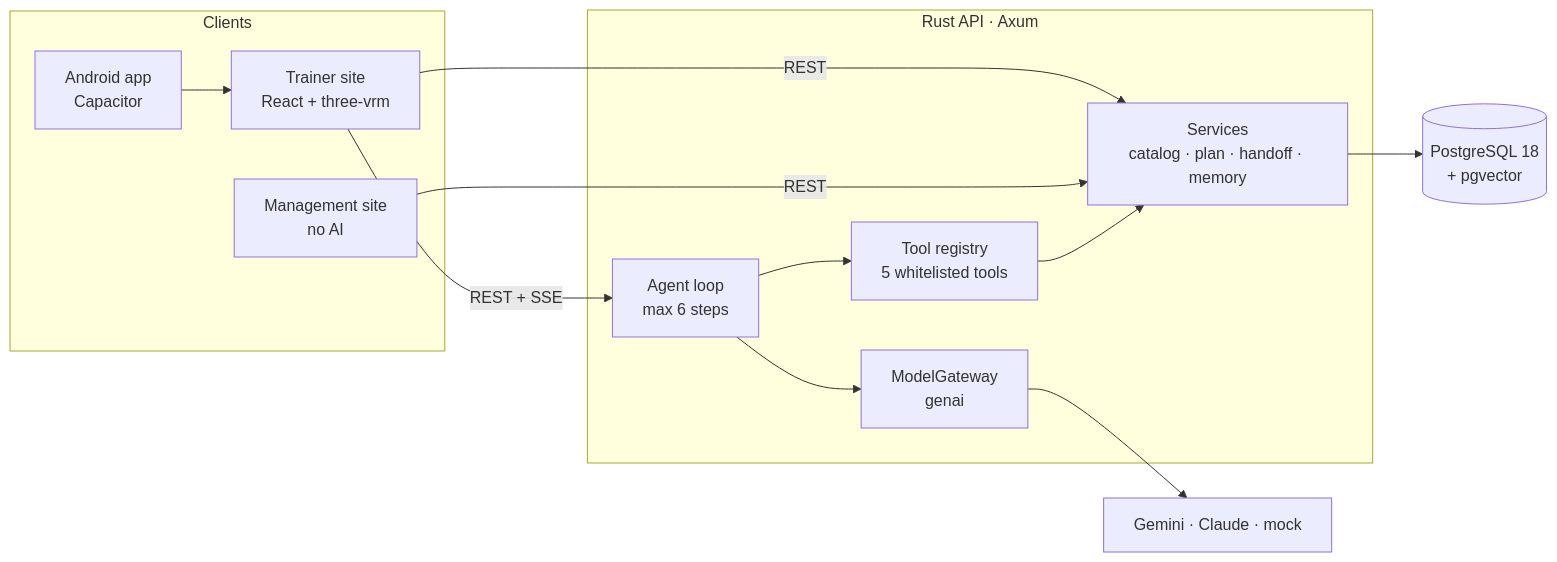
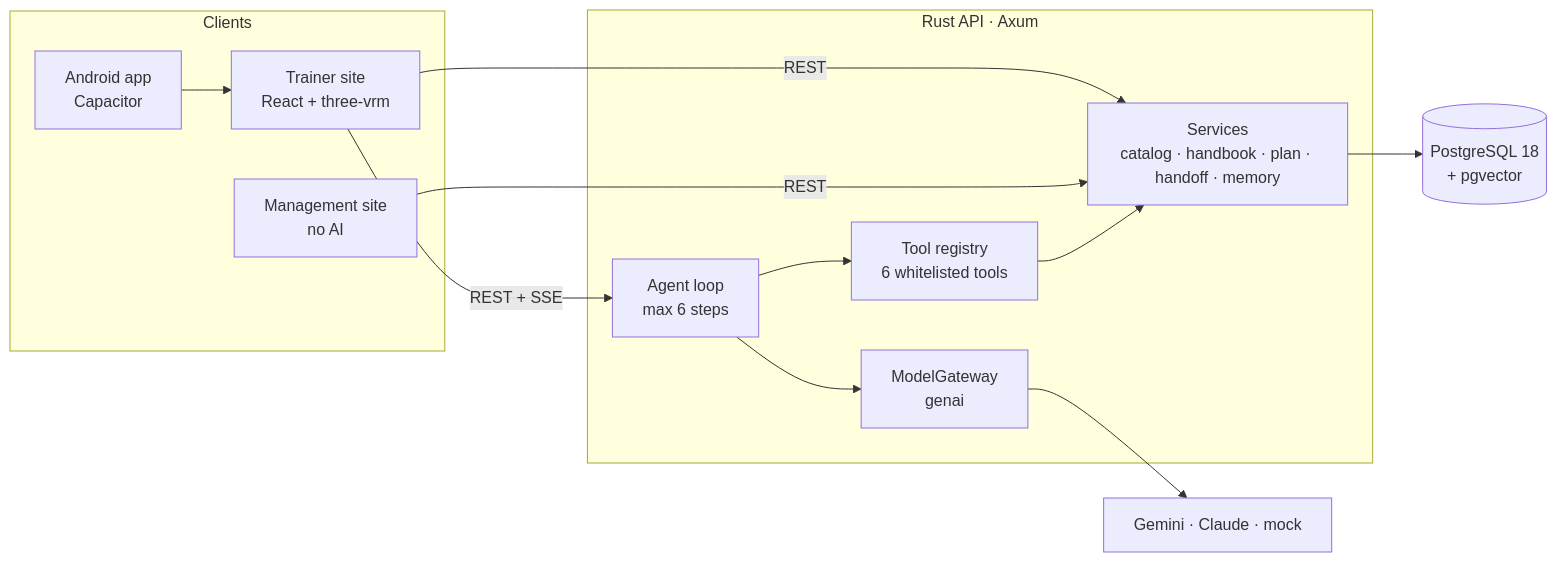
One commit to naritaroad/tracen-ai-tazuna changed the diagram in README.md. Above: the diagram before and after it, drawn with Mermaid. The commit also changed other lines of this file and 3 other files, not shown here.

````diff
--- a/README.md
+++ b/README.md
@@ -162,23 +165,23 @@
 ```mermaid
 flowchart LR
   subgraph Clients
     TS["Trainer site<br/>React + three-vrm"]
     MS["Management site<br/>no AI"]
     APK["Android app<br/>Capacitor"]
   end
   subgraph API["Rust API · Axum"]
     AG["Agent loop<br/>max 6 steps"]
-    TL["Tool registry<br/>5 whitelisted tools"]
-    SV["Services<br/>catalog · plan · handoff · memory"]
+    TL["Tool registry<br/>6 whitelisted tools"]
+    SV["Services<br/>catalog · handbook · plan · handoff · memory"]
     GW["ModelGateway<br/>genai"]
   end
   DB[("PostgreSQL 18<br/>+ pgvector")]
   LLM["Gemini · Claude · mock"]
 
   TS -- "REST + SSE" --> AG
   TS -- REST --> SV
   APK --> TS
   MS -- REST --> SV
   AG --> TL --> SV --> DB
   AG --> GW --> LLM
 ```
````
